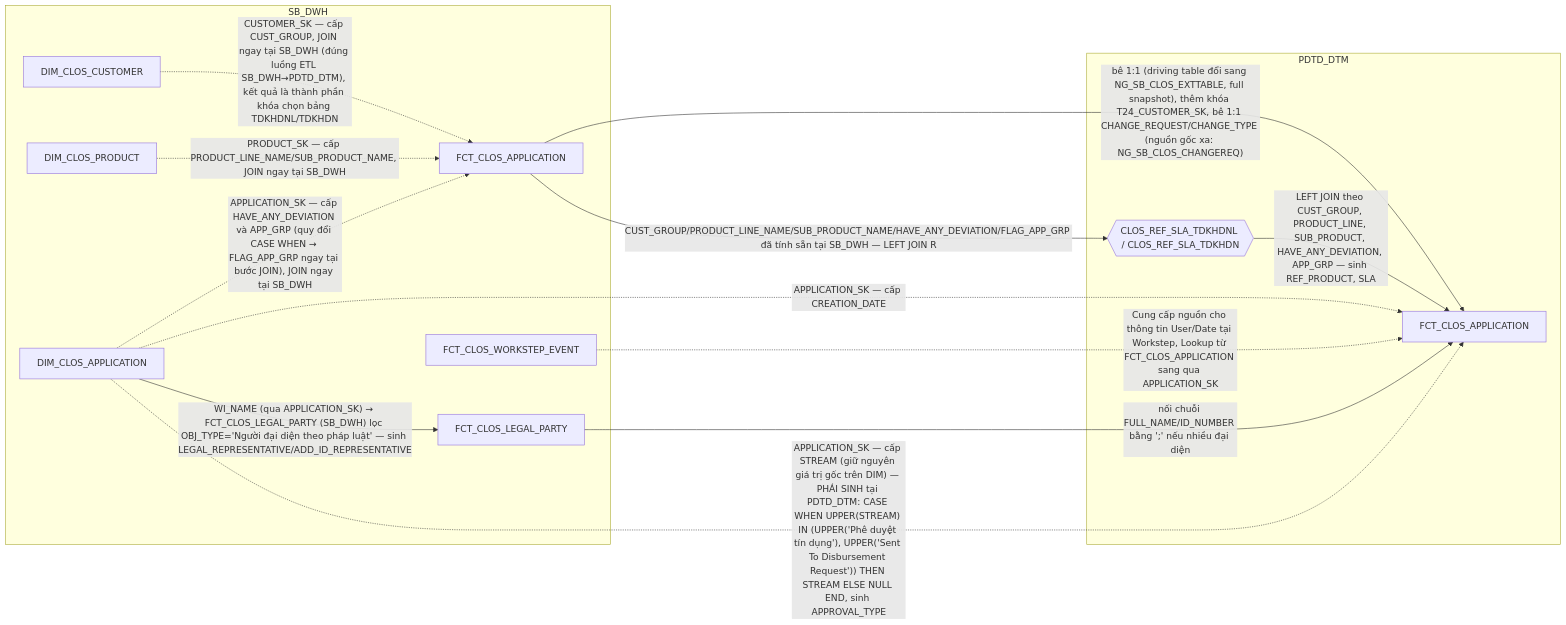
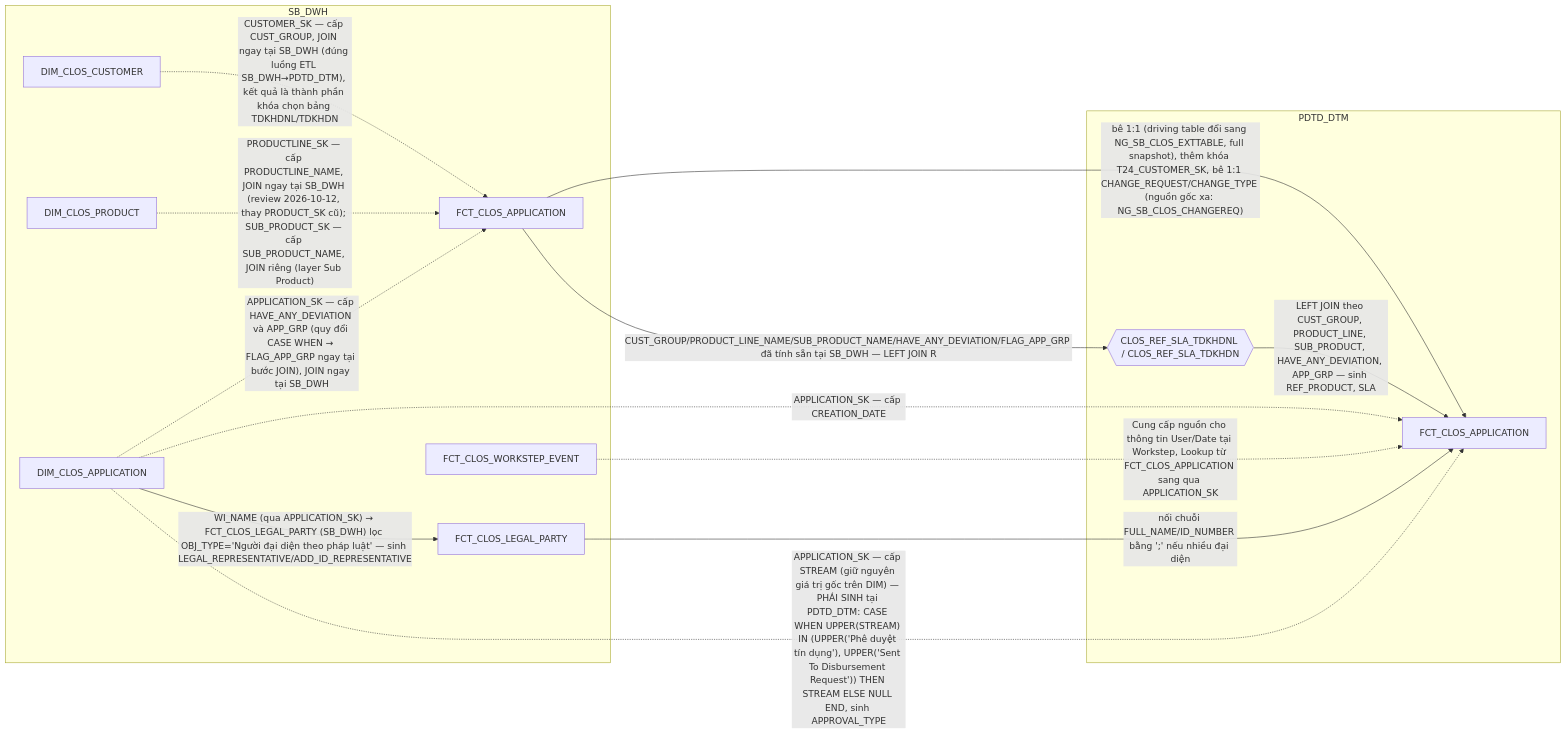
Before and after one commit to chien1198/sb-mapping-gen: the fourth of 19 diagrams in hld/hld_review/HLD_FCT_PDTD_DTM_review.md, drawn with Mermaid. The commit also changed other lines of this file and 49 other files, not shown here.

````diff
--- a/hld/hld_review/HLD_FCT_PDTD_DTM_review.md
+++ b/hld/hld_review/HLD_FCT_PDTD_DTM_review.md
@@ -232,26 +233,26 @@
 ```mermaid
 flowchart LR
     subgraph SB_DWH
         C["FCT_CLOS_APPLICATION"]
         SK["DIM_CLOS_CUSTOMER"]
         SH["DIM_CLOS_PRODUCT"]
         SCA["DIM_CLOS_APPLICATION"]
         SLP["FCT_CLOS_LEGAL_PARTY"]
         WE["FCT_CLOS_WORKSTEP_EVENT"]
     end
     subgraph PDTD_DTM
         R{{"CLOS_REF_SLA_TDKHDNL / CLOS_REF_SLA_TDKHDN"}}
         D["FCT_CLOS_APPLICATION"]
     end
     C -->|"bê 1:1 (driving table đổi sang NG_SB_CLOS_EXTTABLE, full snapshot), thêm khóa T24_CUSTOMER_SK, bê 1:1 CHANGE_REQUEST/CHANGE_TYPE (nguồn gốc xa: NG_SB_CLOS_CHANGEREQ)"| D
     SK -.->|"CUSTOMER_SK — cấp CUST_GROUP, JOIN ngay tại SB_DWH (đúng luồng ETL SB_DWH→PDTD_DTM), kết quả là thành phần khóa chọn bảng TDKHDNL/TDKHDN"| C
-    SH -.->|"PRODUCT_SK — cấp PRODUCT_LINE_NAME/SUB_PRODUCT_NAME, JOIN ngay tại SB_DWH"| C
+    SH -.->|"PRODUCTLINE_SK — cấp PRODUCTLINE_NAME, JOIN ngay tại SB_DWH (review 2026-10-12, thay PRODUCT_SK cũ); SUB_PRODUCT_SK — cấp SUB_PRODUCT_NAME, JOIN riêng (layer Sub Product)"| C
     SCA -.->|"APPLICATION_SK — cấp HAVE_ANY_DEVIATION và APP_GRP (quy đổi CASE WHEN → FLAG_APP_GRP ngay tại bước JOIN), JOIN ngay tại SB_DWH"| C
     SCA -.->|"APPLICATION_SK — cấp CREATION_DATE"| D
     C -->|"CUST_GROUP/PRODUCT_LINE_NAME/SUB_PRODUCT_NAME/HAVE_ANY_DEVIATION/FLAG_APP_GRP đã tính sẵn tại SB_DWH — LEFT JOIN R"| R
     R -->|"LEFT JOIN theo CUST_GROUP, PRODUCT_LINE, SUB_PRODUCT, HAVE_ANY_DEVIATION, APP_GRP — sinh REF_PRODUCT, SLA"| D
     SCA -->|"WI_NAME (qua APPLICATION_SK) → FCT_CLOS_LEGAL_PARTY (SB_DWH) lọc OBJ_TYPE='Người đại diện theo pháp luật' — sinh LEGAL_REPRESENTATIVE/ADD_ID_REPRESENTATIVE"| SLP
     SLP -->|"nối chuỗi FULL_NAME/ID_NUMBER bằng ';' nếu nhiều đại diện"| D
     SCA -.->|"APPLICATION_SK — cấp STREAM (giữ nguyên giá trị gốc trên DIM) — PHÁI SINH tại PDTD_DTM: CASE WHEN UPPER(STREAM) IN (UPPER('Phê duyệt tín dụng'), UPPER('Sent To Disbursement Request')) THEN STREAM ELSE NULL END, sinh APPROVAL_TYPE"| D
     WE -.->|"Cung cấp nguồn cho thông tin User/Date tại Workstep, Lookup từ FCT_CLOS_APPLICATION sang qua APPLICATION_SK"| D
 ```
````
